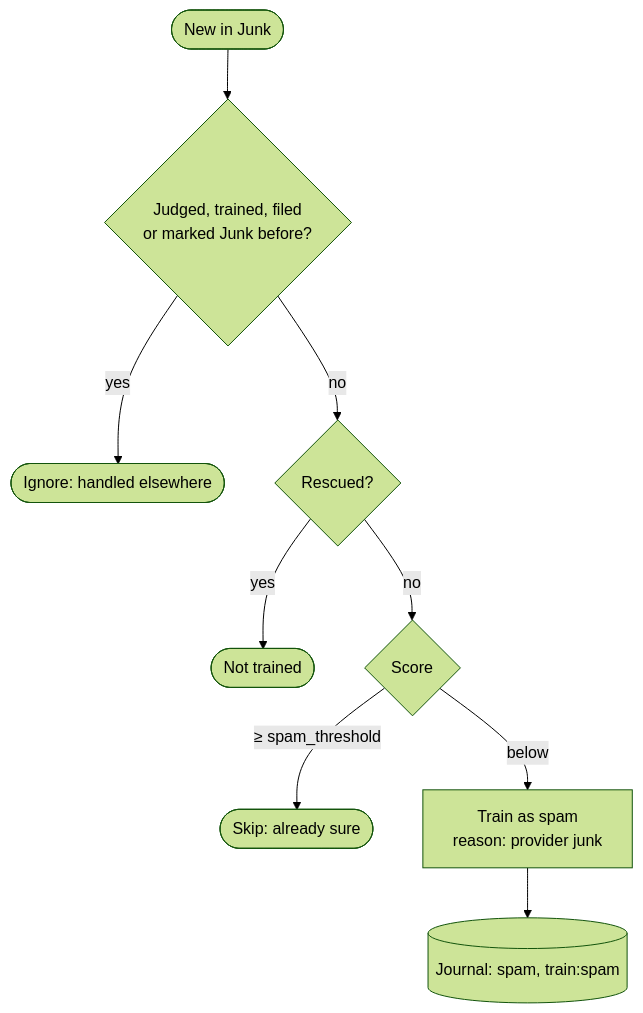
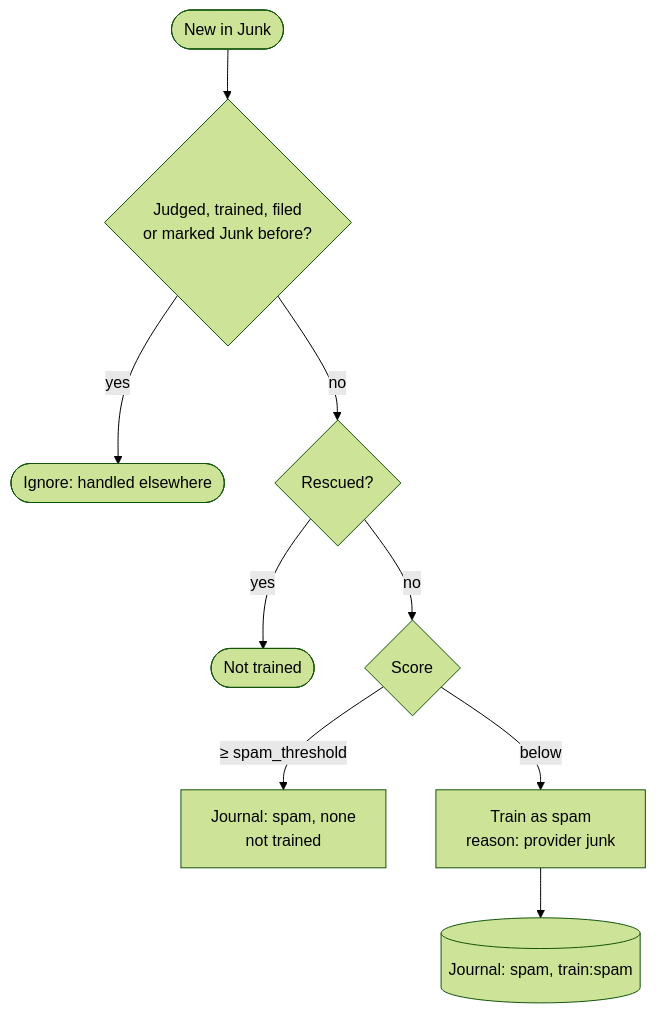
The seventh of 10 diagrams in docs/how-it-works/engine.md (hugoh/tamis), drawn with Mermaid (forest theme) before and after one commit. The commit also changed other lines of this file and 9 other files, not shown here.

First line of the commit message:
fix(engine): journal sure provider junk; show list age in decisions UI (#53)

````diff
--- a/docs/how-it-works/engine.md
+++ b/docs/how-it-works/engine.md
@@ -318,11 +318,11 @@
 ```mermaid
 flowchart TD
     arrival([New in Junk]) --> mine{Judged, trained, filed<br/>or marked Junk before?}
     mine -- yes --> ignore([Ignore: handled elsewhere])
     mine -- no --> rescued{Rescued?}
     rescued -- yes --> done([Not trained])
     rescued -- no --> score{Score}
-    score -- "≥ spam_threshold" --> sure([Skip: already sure])
+    score -- "≥ spam_threshold" --> sure[Journal: spam, none<br/>not trained]
     score -- below --> learn[Train as spam<br/>reason: provider junk]
     learn --> journal[(Journal: spam, train:spam)]
 ```
````
